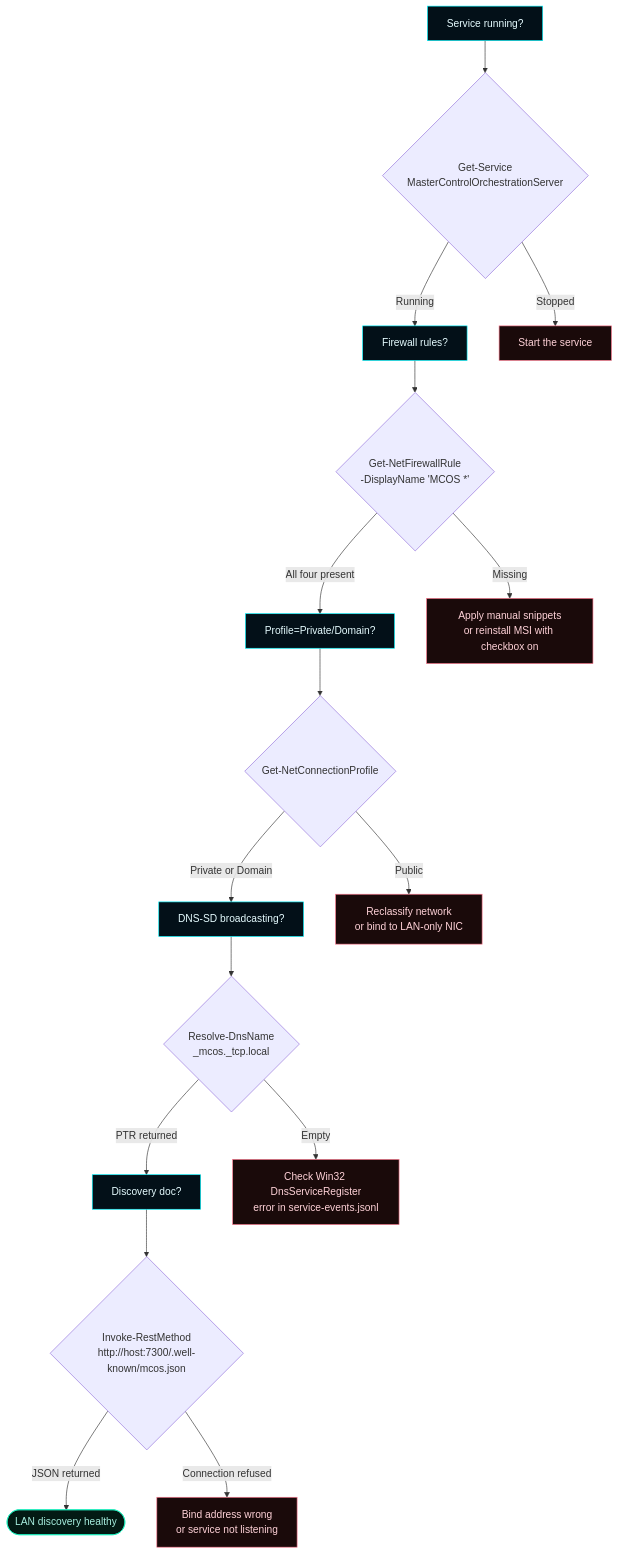
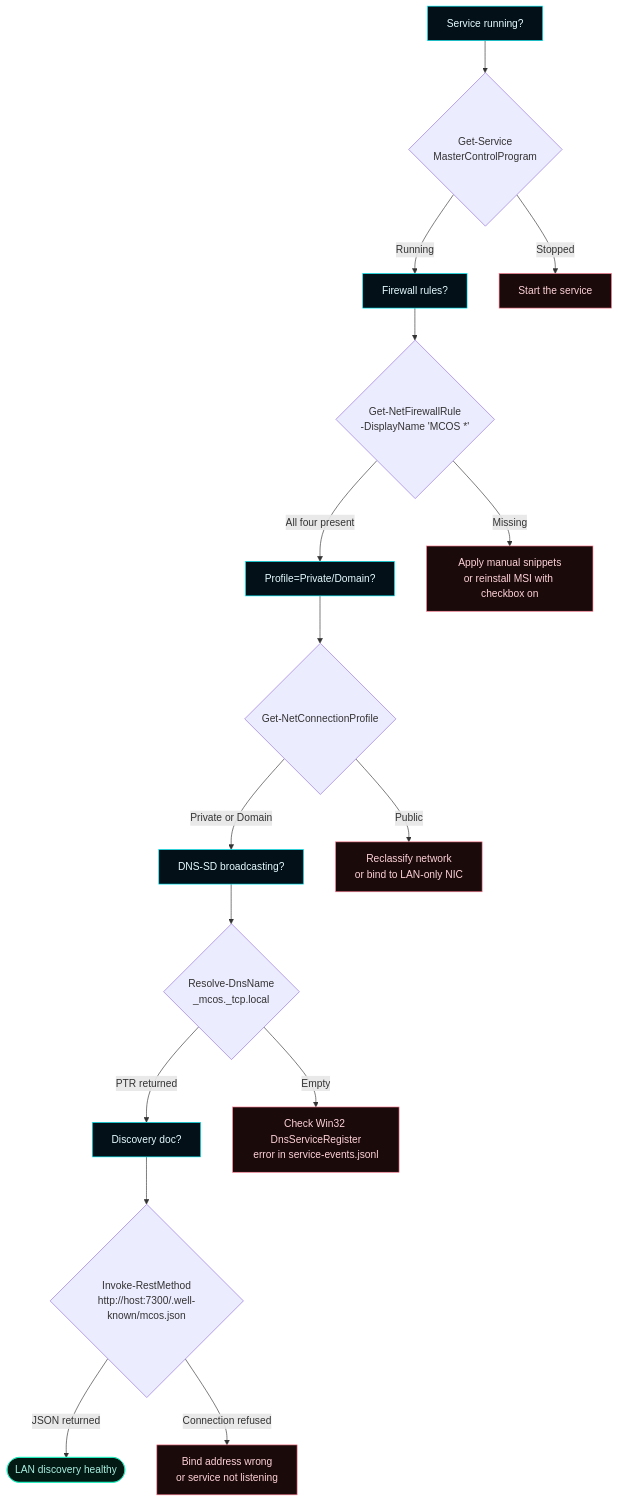
The fourth of 4 diagrams in docs/wiki/LAN-Discovery.md (flynn33/Master-Control-Orchestration-Server), drawn with Mermaid before and after one commit. The commit also changed other lines of this file and 16 other files, not shown here.

````diff
--- a/docs/wiki/LAN-Discovery.md
+++ b/docs/wiki/LAN-Discovery.md
@@ -291,26 +291,26 @@
 ```mermaid
 flowchart TB
     classDef step fill:#031018,stroke:#00F6FF,color:#E6FCFF;
     classDef good fill:#031a14,stroke:#1cf2c1,color:#a8efe0;
     classDef bad fill:#1a0a0a,stroke:#ff7a90,color:#ffd2d8;
 
-    A[Service running?]:::step --> A1{Get-Service<br/>MasterControlOrchestrationServer}
+    A[Service running?]:::step --> A1{Get-Service<br/>MasterControlProgram}
     A1 -->|Running| B[Firewall rules?]:::step
     A1 -->|Stopped| Aerr[Start the service]:::bad
 
     B --> B1{Get-NetFirewallRule<br/>-DisplayName 'MCOS *'}
     B1 -->|All four present| C[Profile=Private/Domain?]:::step
     B1 -->|Missing| Berr[Apply manual snippets<br/>or reinstall MSI with checkbox on]:::bad
 
     C --> C1{Get-NetConnectionProfile}
     C1 -->|Private or Domain| D[DNS-SD broadcasting?]:::step
     C1 -->|Public| Cerr[Reclassify network<br/>or bind to LAN-only NIC]:::bad
 
     D --> D1{Resolve-DnsName<br/>_mcos._tcp.local}
     D1 -->|PTR returned| E[Discovery doc?]:::step
     D1 -->|Empty| Derr[Check Win32 DnsServiceRegister<br/>error in service-events.jsonl]:::bad
 
     E --> E1{Invoke-RestMethod<br/>http://host:7300/.well-known/mcos.json}
     E1 -->|JSON returned| Done([LAN discovery healthy]):::good
     E1 -->|Connection refused| Eerr[Bind address wrong<br/>or service not listening]:::bad
 ```
````
